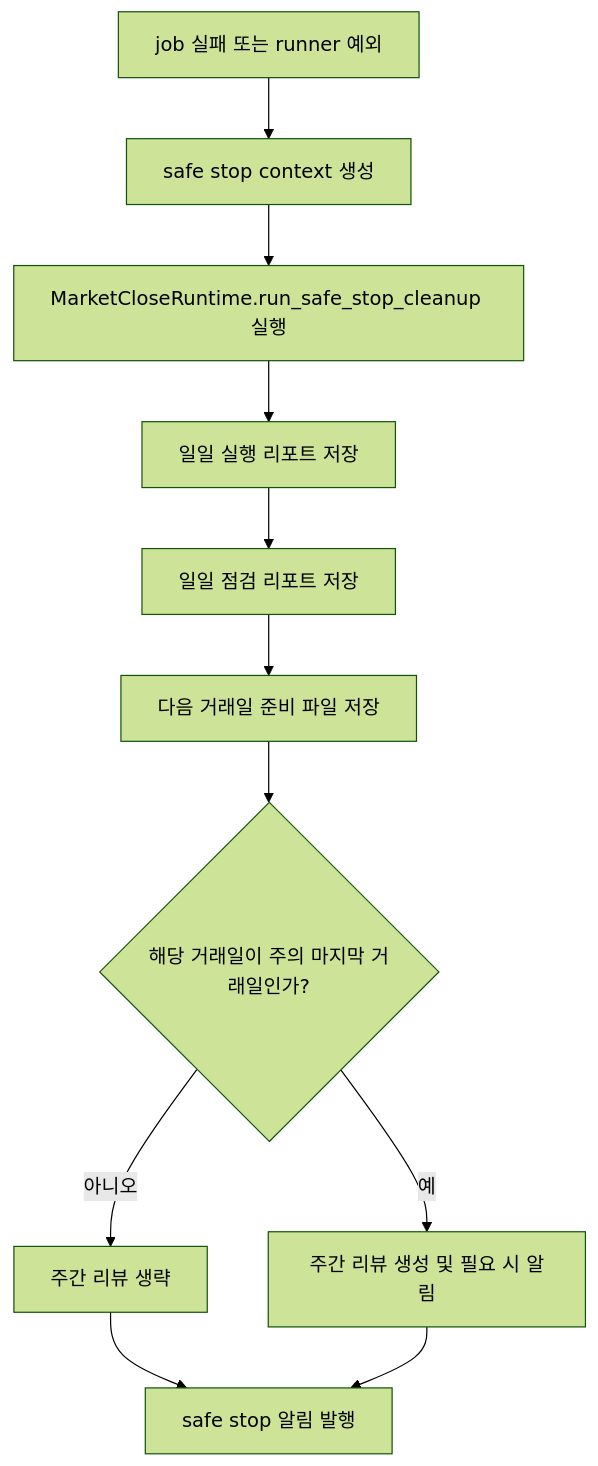
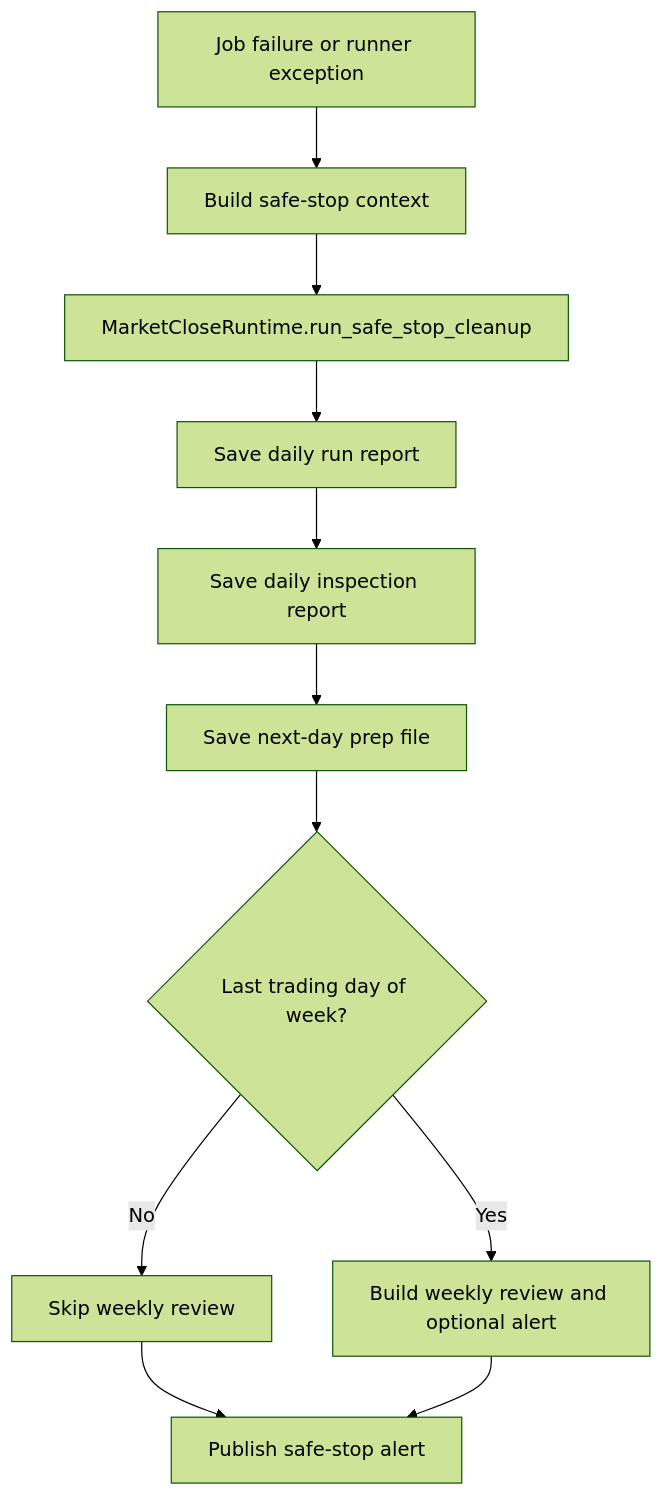
Before and after one commit to MQ813/AutoTrade: the seventh of 7 diagrams in docs/cli_run_continuous_flow.md, drawn with Mermaid (forest theme). The commit also changed other lines of this file and 17 other files, not shown here.

````diff
--- a/docs/cli_run_continuous_flow.md
+++ b/docs/cli_run_continuous_flow.md
@@ -128,13 +124,13 @@
 ```mermaid
 flowchart TD
-    A[job 실패 또는 runner 예외] --> B[safe stop context 생성]
-    B --> C[MarketCloseRuntime.run_safe_stop_cleanup 실행]
-    C --> D[일일 실행 리포트 저장]
-    D --> E[일일 점검 리포트 저장]
-    E --> F[다음 거래일 준비 파일 저장]
-    F --> G{해당 거래일이 주의 마지막 거래일인가?}
-    G -->|아니오| H[주간 리뷰 생략]
-    G -->|예| I[주간 리뷰 생성 및 필요 시 알림]
-    H --> J[safe stop 알림 발행]
+    A[Job failure or runner exception] --> B[Build safe-stop context]
+    B --> C[MarketCloseRuntime.run_safe_stop_cleanup]
+    C --> D[Save daily run report]
+    D --> E[Save daily inspection report]
+    E --> F[Save next-day prep file]
+    F --> G{Last trading day of week?}
+    G -->|No| H[Skip weekly review]
+    G -->|Yes| I[Build weekly review and optional alert]
+    H --> J[Publish safe-stop alert]
     I --> J
 ```
````
